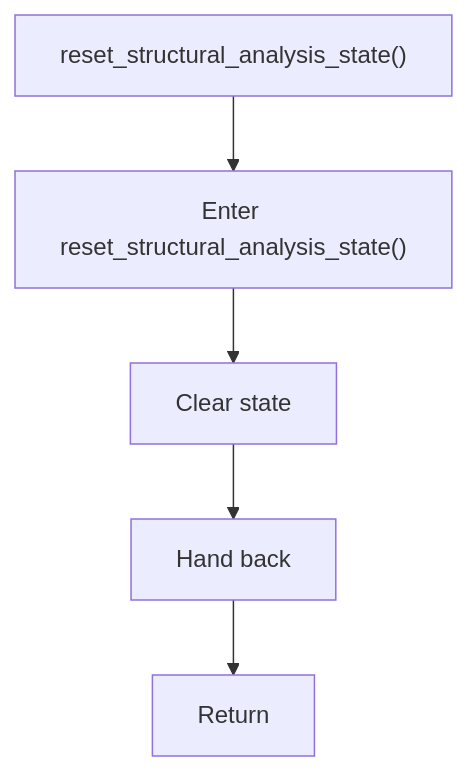
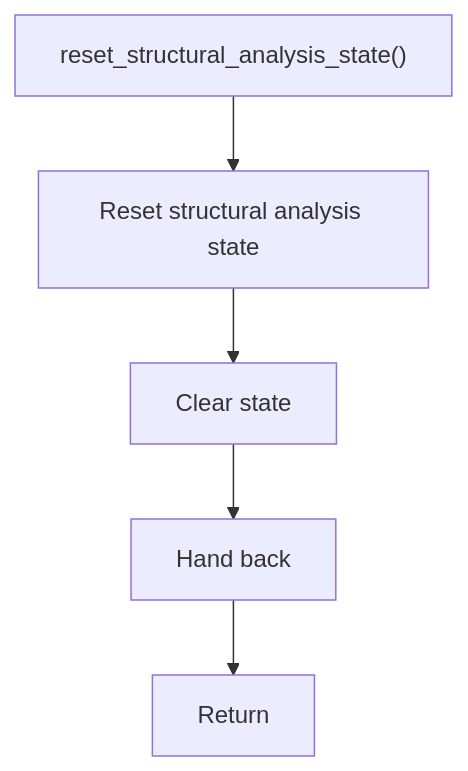
One commit to JohnAndrewBalbarosa/NeoTerritory changed the diagram in docs/Codebase/Microservice/Modules/Source/Analysis/Lexical/StructuralHooks/Flow/functions/reset_structural_analysis_state.cpp.md. Above: the diagram before and after it, drawn with Mermaid. The commit also changed other lines of this file and 915 other files, not shown here.

````diff
--- a/docs/Codebase/Microservice/Modules/Source/Analysis/Lexical/StructuralHooks/Flow/functions/reset_structural_analysis_state.cpp.md
+++ b/docs/Codebase/Microservice/Modules/Source/Analysis/Lexical/StructuralHooks/Flow/functions/reset_structural_analysis_state.cpp.md
@@ -15,12 +15,12 @@
 ```mermaid
 flowchart TD
     Start["reset_structural_analysis_state()"]
-    N0["Enter reset_structural_analysis_state()"]
+    N0["Reset structural analysis state"]
     N1["Clear state"]
     N2["Hand back"]
     End["Return"]
     Start --> N0
     N0 --> N1
     N1 --> N2
     N2 --> End
 ```
````
